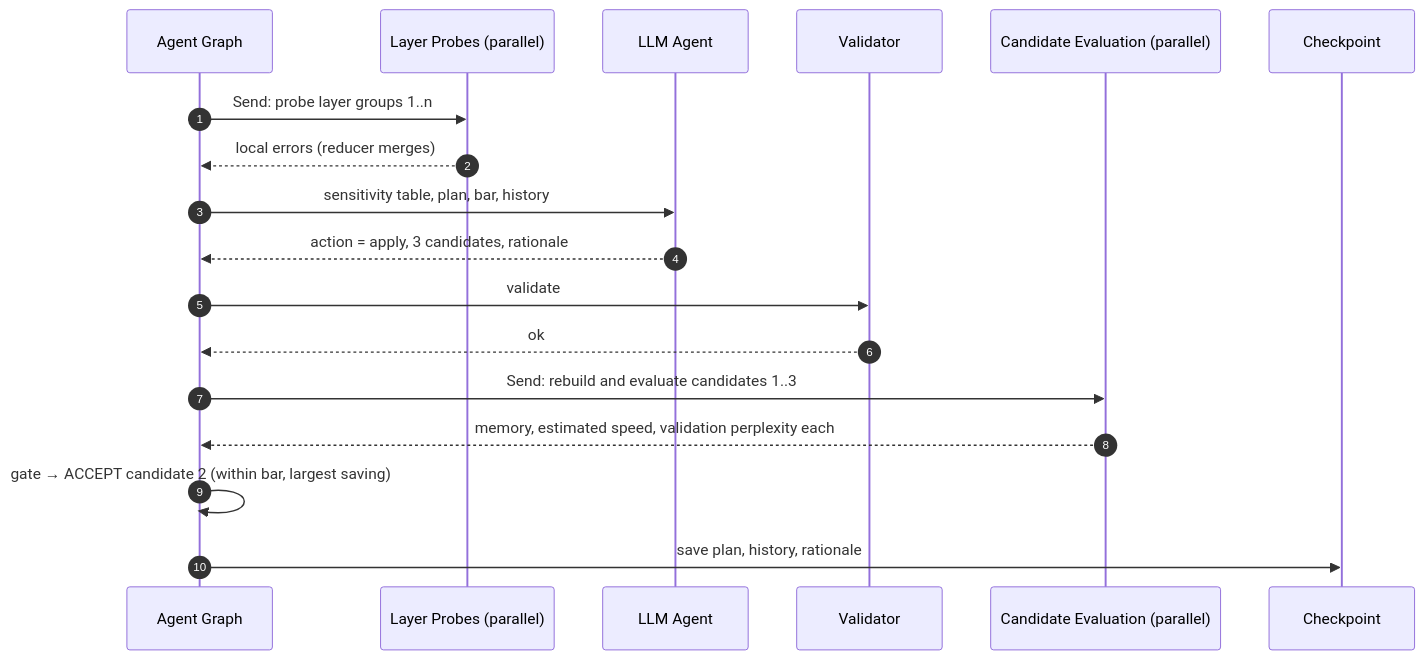
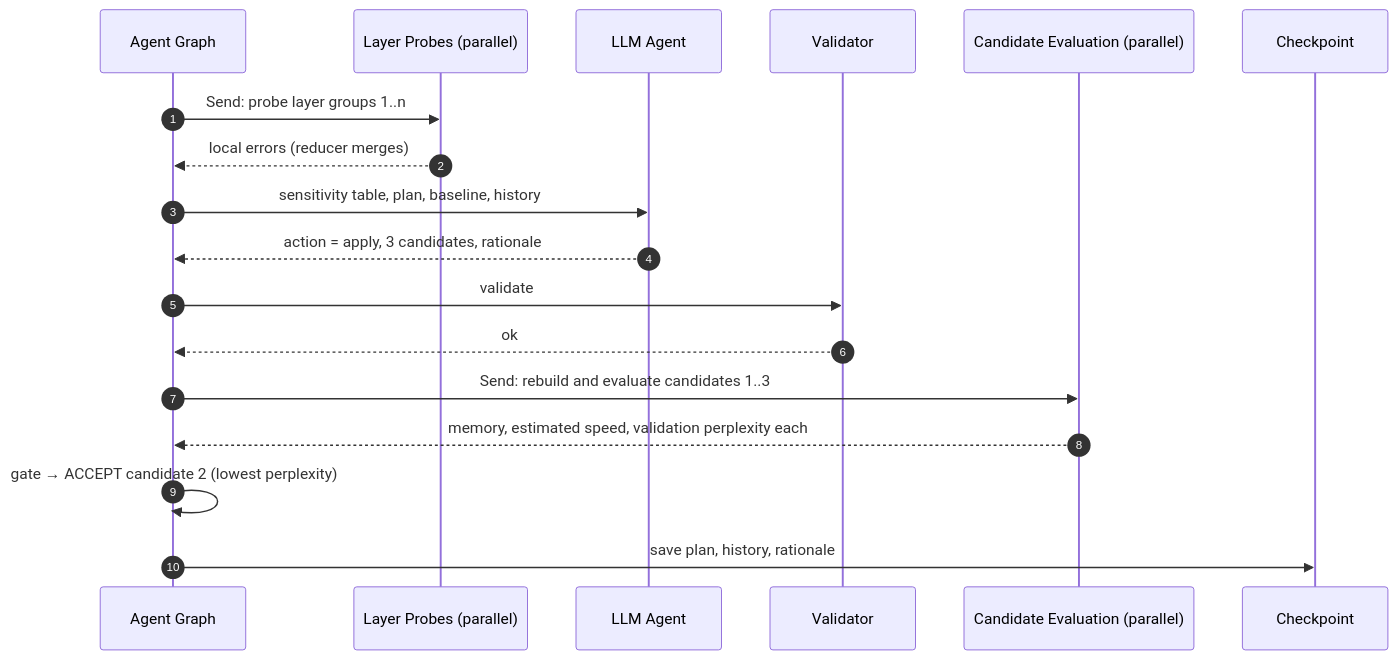
The fourth of 4 diagrams in ARCHITECTURE.md (stephxu96/pruneagent), drawn with Mermaid before and after one commit. The commit also changed other lines of this file, not shown here.

Commit message:
Architecture v0.7: memory limit is a required input, goal is most quality within it; FLAP and Wanda-sp compared at the same memory limit; Baseline: Wanda-50% as reference with no allowance for now

````diff
--- a/ARCHITECTURE.md
+++ b/ARCHITECTURE.md
@@ -432,21 +434,21 @@
 ```mermaid
 sequenceDiagram
     autonumber
     participant G as Agent Graph
     participant B as Layer Probes (parallel)
     participant A as LLM Agent
     participant V as Validator
     participant C as Candidate Evaluation (parallel)
     participant K as Checkpoint
 
     G->>B: Send: probe layer groups 1..n
     B-->>G: local errors (reducer merges)
-    G->>A: sensitivity table, plan, bar, history
+    G->>A: sensitivity table, plan, baseline, history
     A-->>G: action = apply, 3 candidates, rationale
     G->>V: validate
     V-->>G: ok
     G->>C: Send: rebuild and evaluate candidates 1..3
     C-->>G: memory, estimated speed, validation perplexity each
-    G->>G: gate → ACCEPT candidate 2 (within bar, largest saving)
+    G->>G: gate → ACCEPT candidate 2 (lowest perplexity)
     G->>K: save plan, history, rationale
 ```
````
